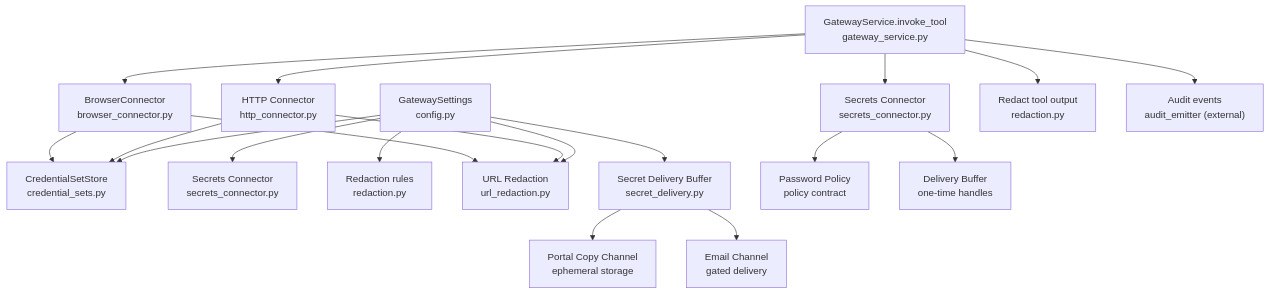
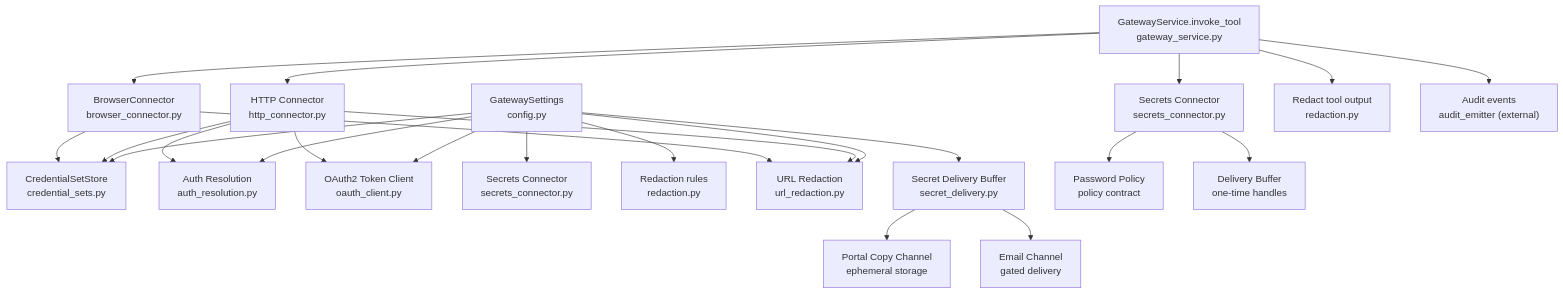
One commit to alainlei/luban-aiops changed the first of 13 diagrams in .qoder/repowiki/en/content/Core Services/Tool Gateway/Credential Management and Security.md. Above: the diagram before and after it, drawn with Mermaid. The commit also changed other lines of this file and 93 other files, not shown here.

````diff
--- a/.qoder/repowiki/en/content/Core Services/Tool Gateway/Credential Management and Security.md
+++ b/.qoder/repowiki/en/content/Core Services/Tool Gateway/Credential Management and Security.md
@@ -68,21 +74,25 @@
 ```mermaid
 graph TB
 A["GatewaySettings<br/>config.py"] --> B["CredentialSetStore<br/>credential_sets.py"]
-A --> C["Secrets Connector<br/>secrets_connector.py"]
-A --> D["Redaction rules<br/>redaction.py"]
-A --> E["URL Redaction<br/>url_redaction.py"]
-A --> F["Secret Delivery Buffer<br/>secret_delivery.py"]
-G["HTTP Connector<br/>http_connector.py"] --> B
-G --> E
-H["BrowserConnector<br/>browser_connector.py"] --> B
-H --> E
-I["Secrets Connector<br/>secrets_connector.py"] --> J["Password Policy<br/>policy contract"]
-I --> K["Delivery Buffer<br/>one-time handles"]
-L["GatewayService.invoke_tool<br/>gateway_service.py"] --> G
-L --> H
-L --> I
-L --> M["Redact tool output<br/>redaction.py"]
-L --> N["Audit events<br/>audit_emitter (external)"]
-F --> O["Portal Copy Channel<br/>ephemeral storage"]
-F --> P["Email Channel<br/>gated delivery"]
+A --> C["Auth Resolution<br/>auth_resolution.py"]
+A --> D["OAuth2 Token Client<br/>oauth_client.py"]
+A --> E["Secrets Connector<br/>secrets_connector.py"]
+A --> F["Redaction rules<br/>redaction.py"]
+A --> G["URL Redaction<br/>url_redaction.py"]
+A --> H["Secret Delivery Buffer<br/>secret_delivery.py"]
+I["HTTP Connector<br/>http_connector.py"] --> B
+I --> C
+I --> D
+I --> G
+J["BrowserConnector<br/>browser_connector.py"] --> B
+J --> G
+K["Secrets Connector<br/>secrets_connector.py"] --> L["Password Policy<br/>policy contract"]
+K --> M["Delivery Buffer<br/>one-time handles"]
+N["GatewayService.invoke_tool<br/>gateway_service.py"] --> I
+N --> J
+N --> K
+N --> O["Redact tool output<br/>redaction.py"]
+N --> P["Audit events<br/>audit_emitter (external)"]
+H --> Q["Portal Copy Channel<br/>ephemeral storage"]
+H --> R["Email Channel<br/>gated delivery"]
 ```
````
